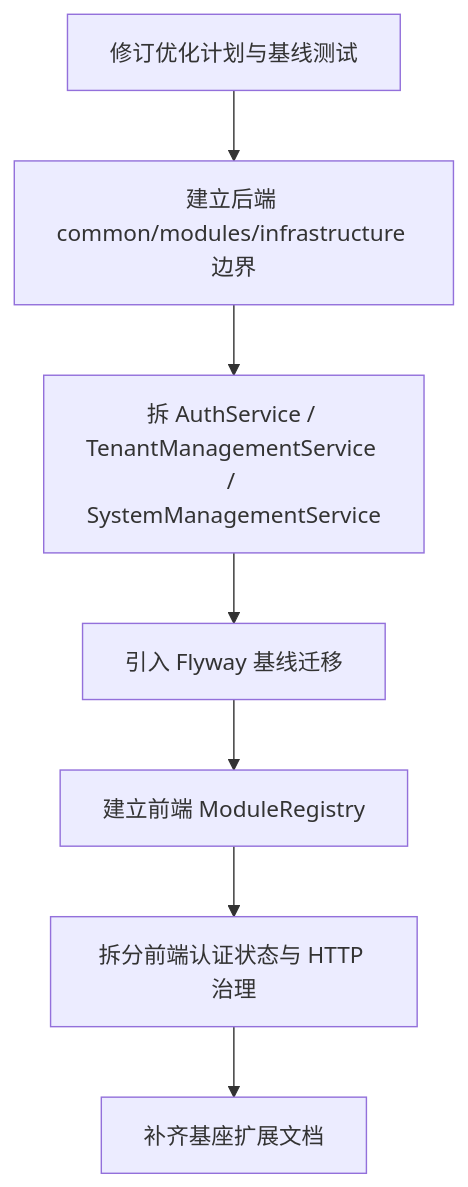
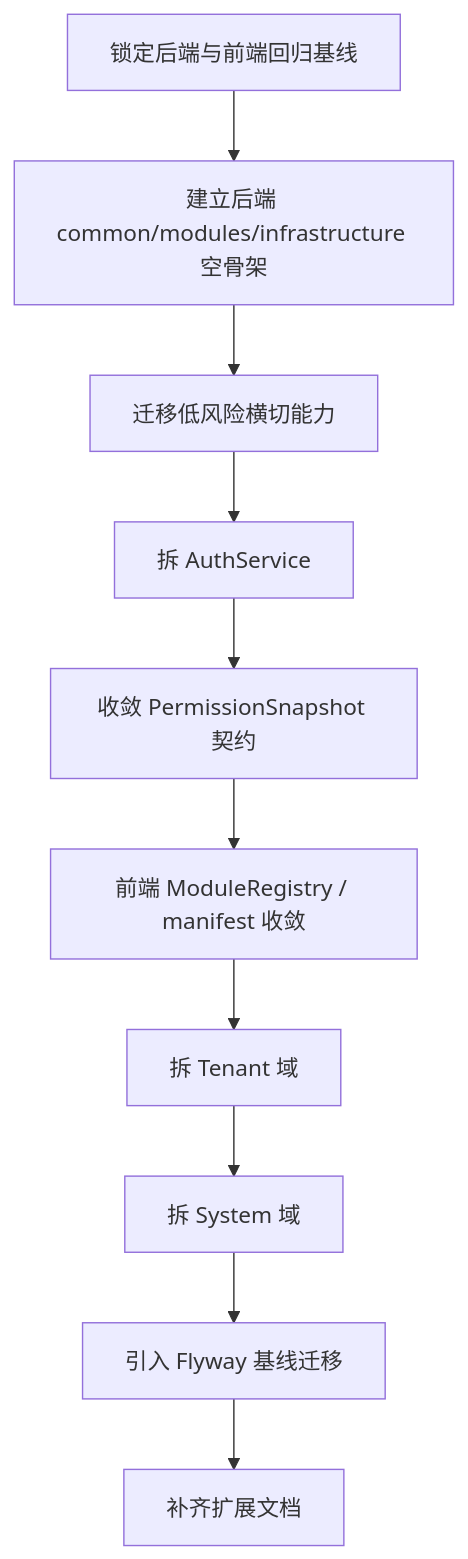
The sixth of 6 diagrams in docs/优化计划清单.md (CodeWolffy/enterprise-auth-platform), drawn with Mermaid before and after one commit. The commit also changed other lines of this file and 136 other files, not shown here.

````diff
--- a/docs/优化计划清单.md
+++ b/docs/优化计划清单.md
@@ -662,9 +770,12 @@
 ```mermaid
 flowchart TD
-    A[修订优化计划与基线测试] --> B[建立后端 common/modules/infrastructure 边界]
-    B --> C[拆 AuthService / TenantManagementService / SystemManagementService]
-    C --> D[引入 Flyway 基线迁移]
-    D --> E[建立前端 ModuleRegistry]
-    E --> F[拆分前端认证状态与 HTTP 治理]
-    F --> G[补齐基座扩展文档]
+    A[锁定后端与前端回归基线] --> B[建立后端 common/modules/infrastructure 空骨架]
+    B --> C[迁移低风险横切能力]
+    C --> D[拆 AuthService]
+    D --> E[收敛 PermissionSnapshot 契约]
+    E --> F[前端 ModuleRegistry / manifest 收敛]
+    F --> G[拆 Tenant 域]
+    G --> H[拆 System 域]
+    H --> I[引入 Flyway 基线迁移]
+    I --> J[补齐扩展文档]
 ```
````
